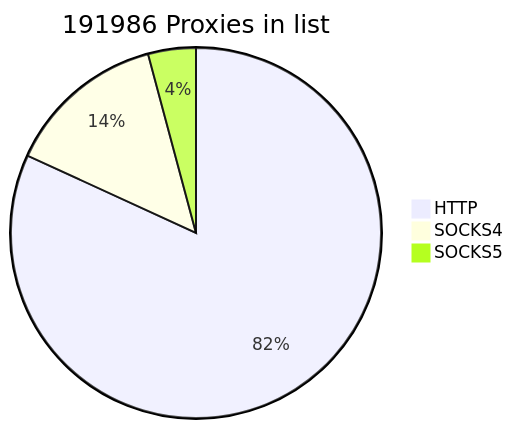
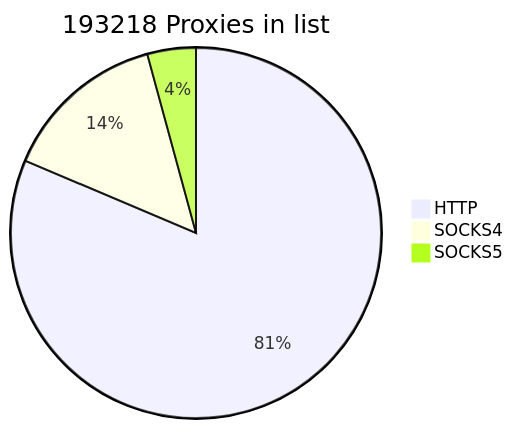
The first of 2 diagrams in README.md (cutipu/proxylist), drawn with Mermaid before and after one commit. The commit also changed other lines of this file, not shown here.

````diff
--- a/README.md
+++ b/README.md
@@ -2,7 +2,7 @@
 ```mermaid
-pie title 191986 Proxies in list
-    "HTTP" : 157144
-    "SOCKS4" : 26839
-    "SOCKS5" : 8003
+pie title 193218 Proxies in list
+    "HTTP" : 157234
+    "SOCKS4" : 27804
+    "SOCKS5" : 8180
             
 ```
````
